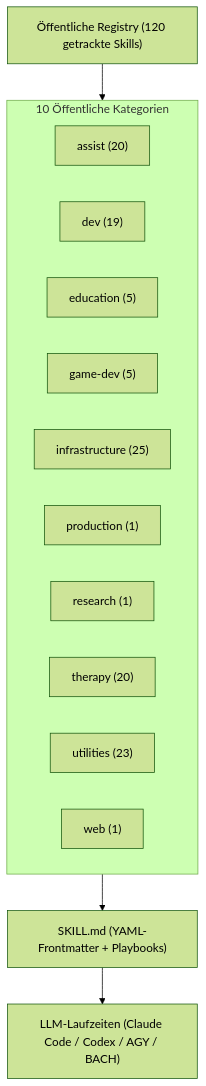
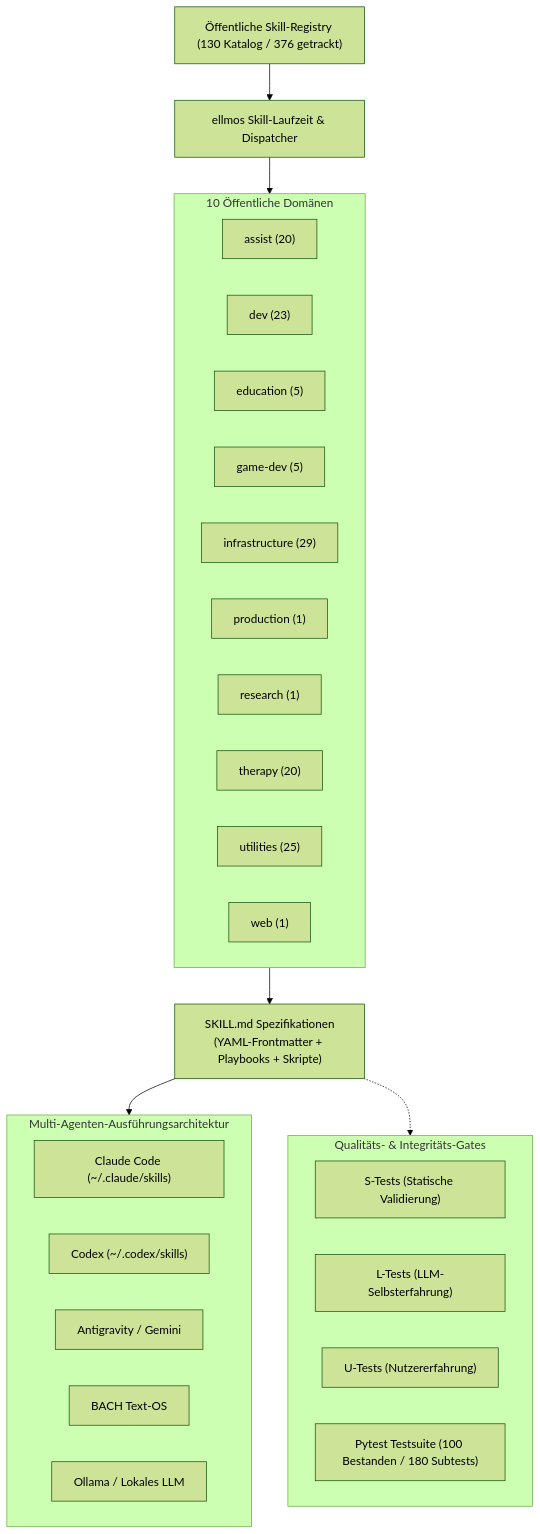
One commit to ellmos-ai/skills changed the diagram in README_de.md. Above: the diagram before and after it, drawn with Mermaid (forest theme). The commit also changed other lines of this file and 20 other files, not shown here.

````diff
--- a/README_de.md
+++ b/README_de.md
@@ -40,18 +42,39 @@
 ```mermaid
 flowchart TD
-    Catalog["Öffentliche Registry (120 getrackte Skills)"] --> Categories
-    subgraph Categories ["10 Öffentliche Kategorien"]
+    Registry["Öffentliche Skill-Registry (130 Katalog / 376 getrackt)"] --> Engine["ellmos Skill-Laufzeit & Dispatcher"]
+    
+    subgraph Catalog ["10 Öffentliche Domänen"]
         Assist["assist (20)"]
-        Dev["dev (19)"]
+        Dev["dev (23)"]
         Edu["education (5)"]
         Game["game-dev (5)"]
-        Infra["infrastructure (25)"]
+        Infra["infrastructure (29)"]
         Prod["production (1)"]
         Res["research (1)"]
         Therapy["therapy (20)"]
-        Utils["utilities (23)"]
+        Utils["utilities (25)"]
         Web["web (1)"]
     end
-    Categories --> Specs["SKILL.md (YAML-Frontmatter + Playbooks)"]
-    Specs --> Runtimes["LLM-Laufzeiten (Claude Code / Codex / AGY / BACH)"]
+    
+    Engine --> Catalog
+    Catalog --> Artifacts["SKILL.md Spezifikationen\n(YAML-Frontmatter + Playbooks + Skripte)"]
+    
+    subgraph MultiAgentRuntimes ["Multi-Agenten-Ausführungsarchitektur"]
+        ClaudeCode["Claude Code (~/.claude/skills)"]
+        Codex["Codex (~/.codex/skills)"]
+        AGY["Antigravity / Gemini"]
+        BACH["BACH Text-OS"]
+        LocalOllama["Ollama / Lokales LLM"]
+    end
+    
+    Artifacts --> MultiAgentRuntimes
+    
+    subgraph QualityGates ["Qualitäts- & Integritäts-Gates"]
+        STests["S-Tests (Statische Validierung)"]
+        LTests["L-Tests (LLM-Selbsterfahrung)"]
+        UTests["U-Tests (Nutzererfahrung)"]
+        PytestSuite["Pytest Testsuite (100 Bestanden / 180 Subtests)"]
+    end
+    
+    Artifacts -.-> QualityGates
 ```
````
